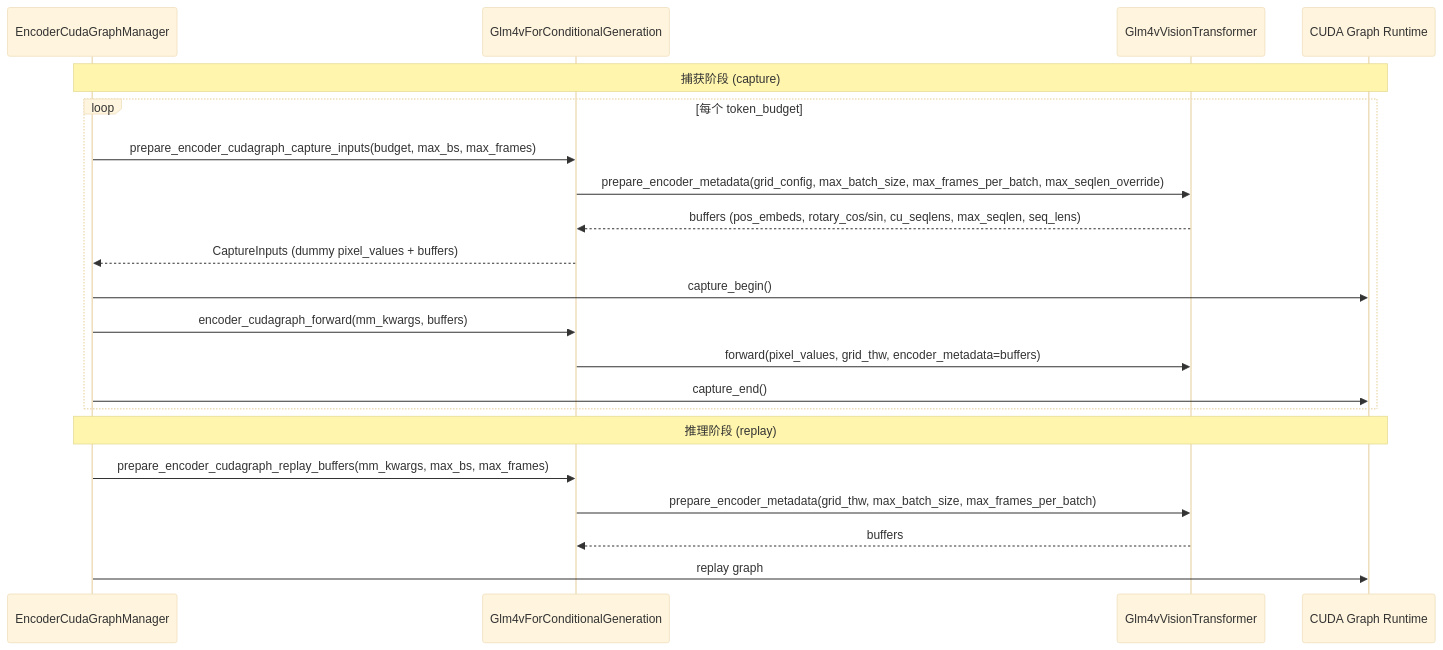
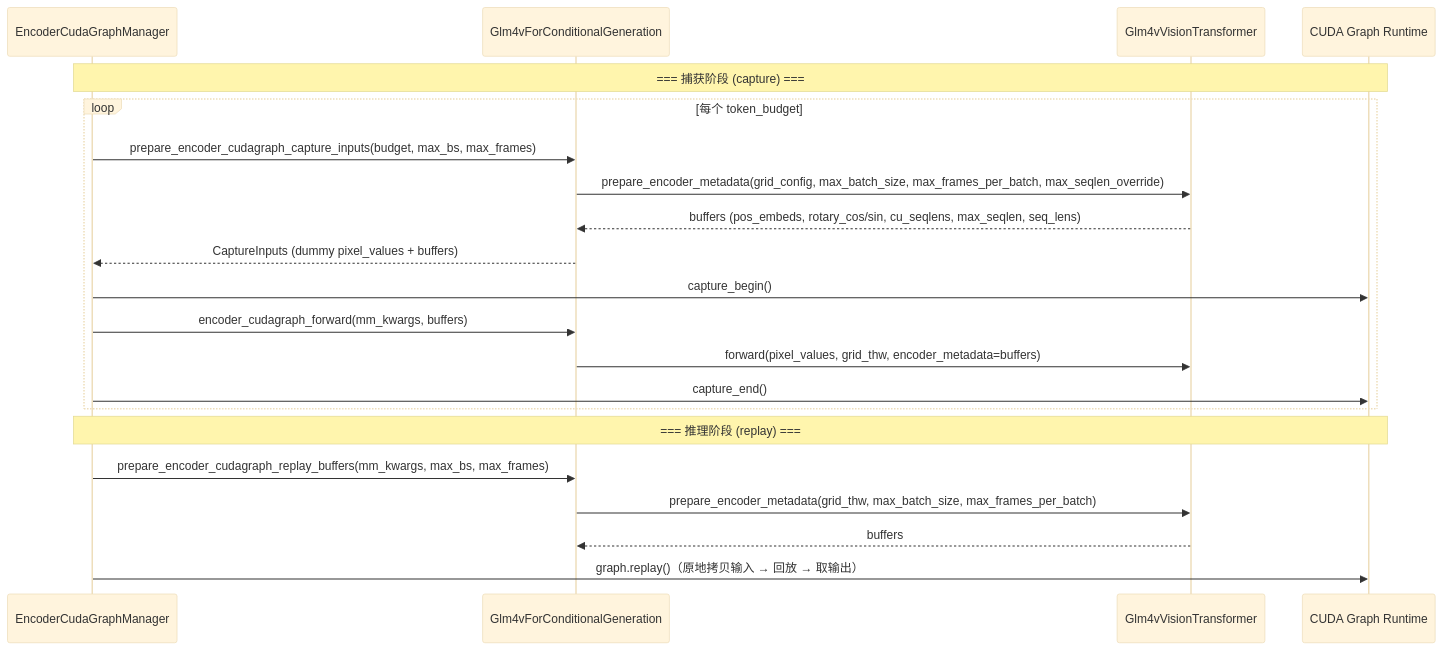
The second of 2 diagrams in skills/vllm-pr-summary/outputs/pr-40576-summary.md (shen-shanshan/vllm-dev-skills), drawn with Mermaid (base theme) before and after one commit. The commit also changed other lines of this file and 7 other files, not shown here.

````diff
--- a/skills/vllm-pr-summary/outputs/pr-40576-summary.md
+++ b/skills/vllm-pr-summary/outputs/pr-40576-summary.md
@@ -72,25 +64,25 @@
 ```mermaid
 sequenceDiagram
     participant MGR as EncoderCudaGraphManager
     participant Model as Glm4vForConditionalGeneration
     participant ViT as Glm4vVisionTransformer
     participant CUDA as CUDA Graph Runtime
 
-    Note over MGR,CUDA: 捕获阶段 (capture)
+    Note over MGR,CUDA: === 捕获阶段 (capture) ===
     loop 每个 token_budget
         MGR->>Model: prepare_encoder_cudagraph_capture_inputs(budget, max_bs, max_frames)
         Model->>ViT: prepare_encoder_metadata(grid_config, max_batch_size, max_frames_per_batch, max_seqlen_override)
         ViT-->>Model: buffers (pos_embeds, rotary_cos/sin, cu_seqlens, max_seqlen, seq_lens)
         Model-->>MGR: CaptureInputs (dummy pixel_values + buffers)
         MGR->>CUDA: capture_begin()
         MGR->>Model: encoder_cudagraph_forward(mm_kwargs, buffers)
         Model->>ViT: forward(pixel_values, grid_thw, encoder_metadata=buffers)
         MGR->>CUDA: capture_end()
     end
 
-    Note over MGR,CUDA: 推理阶段 (replay)
+    Note over MGR,CUDA: === 推理阶段 (replay) ===
     MGR->>Model: prepare_encoder_cudagraph_replay_buffers(mm_kwargs, max_bs, max_frames)
     Model->>ViT: prepare_encoder_metadata(grid_thw, max_batch_size, max_frames_per_batch)
     ViT-->>Model: buffers
-    MGR->>CUDA: replay graph
+    MGR->>CUDA: graph.replay()（原地拷贝输入 → 回放 → 取输出）
 ```
````
